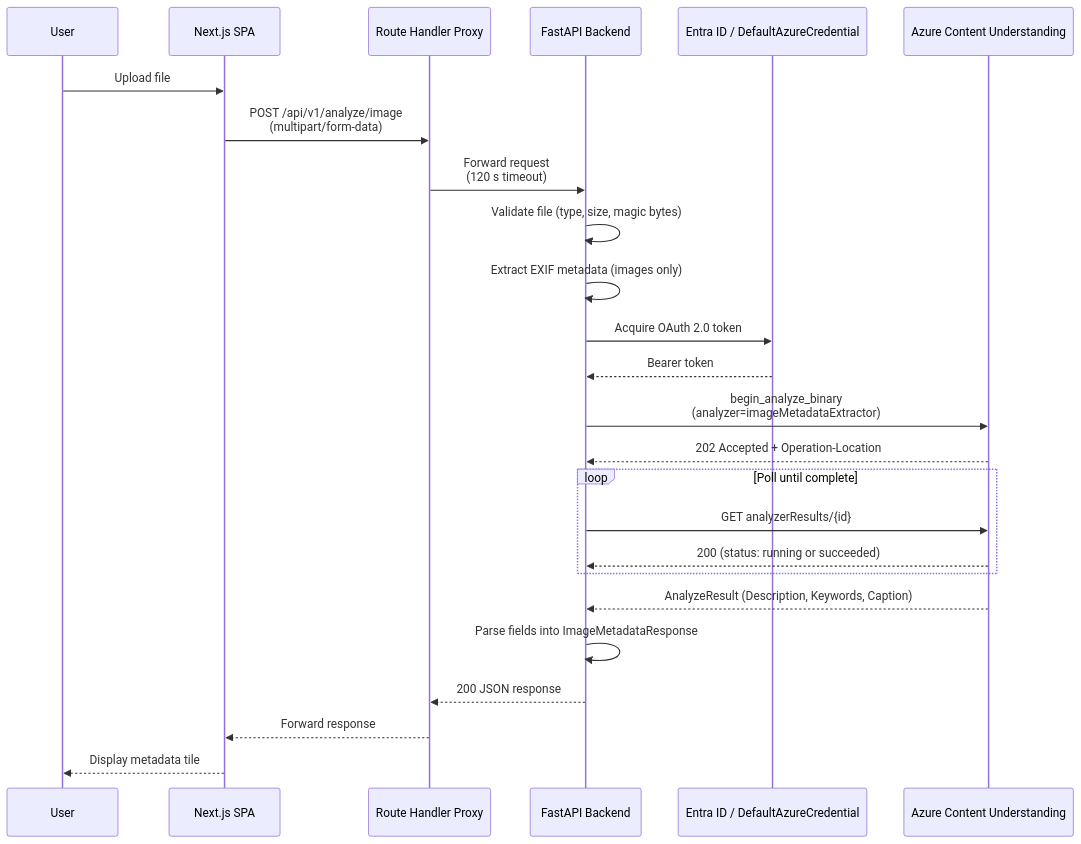
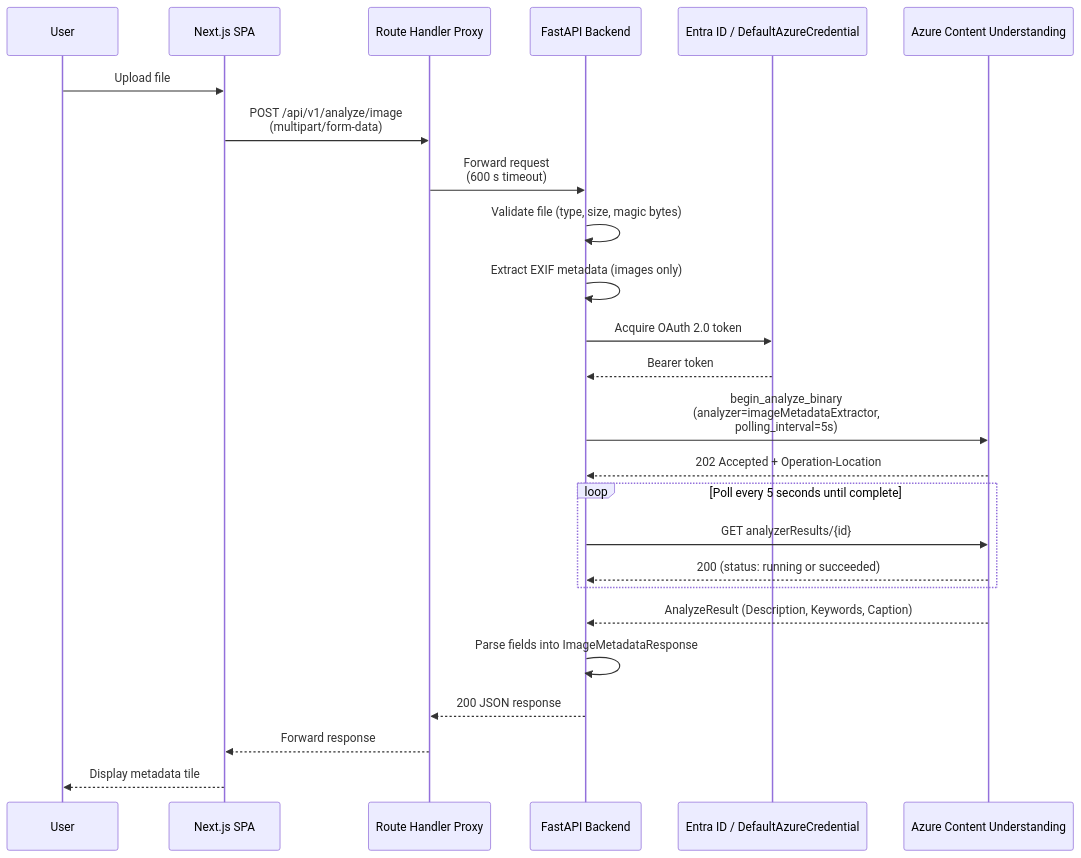
The second of 6 diagrams in docs/architecture/data-flow.md (makautzn/metadata-generator), drawn with Mermaid before and after one commit. The commit also changed other lines of this file and 22 other files, not shown here.

````diff
--- a/docs/architecture/data-flow.md
+++ b/docs/architecture/data-flow.md
@@ -36,32 +36,32 @@
 ```mermaid
 sequenceDiagram
     participant User
     participant Browser as Next.js SPA
     participant Proxy as Route Handler Proxy
     participant API as FastAPI Backend
     participant Auth as Entra ID / DefaultAzureCredential
     participant CU as Azure Content Understanding
 
     User->>Browser: Upload file
     Browser->>Proxy: POST /api/v1/analyze/image<br/>(multipart/form-data)
-    Proxy->>API: Forward request<br/>(120 s timeout)
+    Proxy->>API: Forward request<br/>(600 s timeout)
     API->>API: Validate file (type, size, magic bytes)
     API->>API: Extract EXIF metadata (images only)
 
     API->>Auth: Acquire OAuth 2.0 token
     Auth-->>API: Bearer token
 
-    API->>CU: begin_analyze_binary<br/>(analyzer=imageMetadataExtractor)
+    API->>CU: begin_analyze_binary<br/>(analyzer=imageMetadataExtractor,<br/>polling_interval=5s)
     CU-->>API: 202 Accepted + Operation-Location
 
-    loop Poll until complete
+    loop Poll every 5 seconds until complete
         API->>CU: GET analyzerResults/{id}
         CU-->>API: 200 (status: running or succeeded)
     end
 
     CU-->>API: AnalyzeResult (Description, Keywords, Caption)
     API->>API: Parse fields into ImageMetadataResponse
     API-->>Proxy: 200 JSON response
     Proxy-->>Browser: Forward response
     Browser-->>User: Display metadata tile
 ```
````
